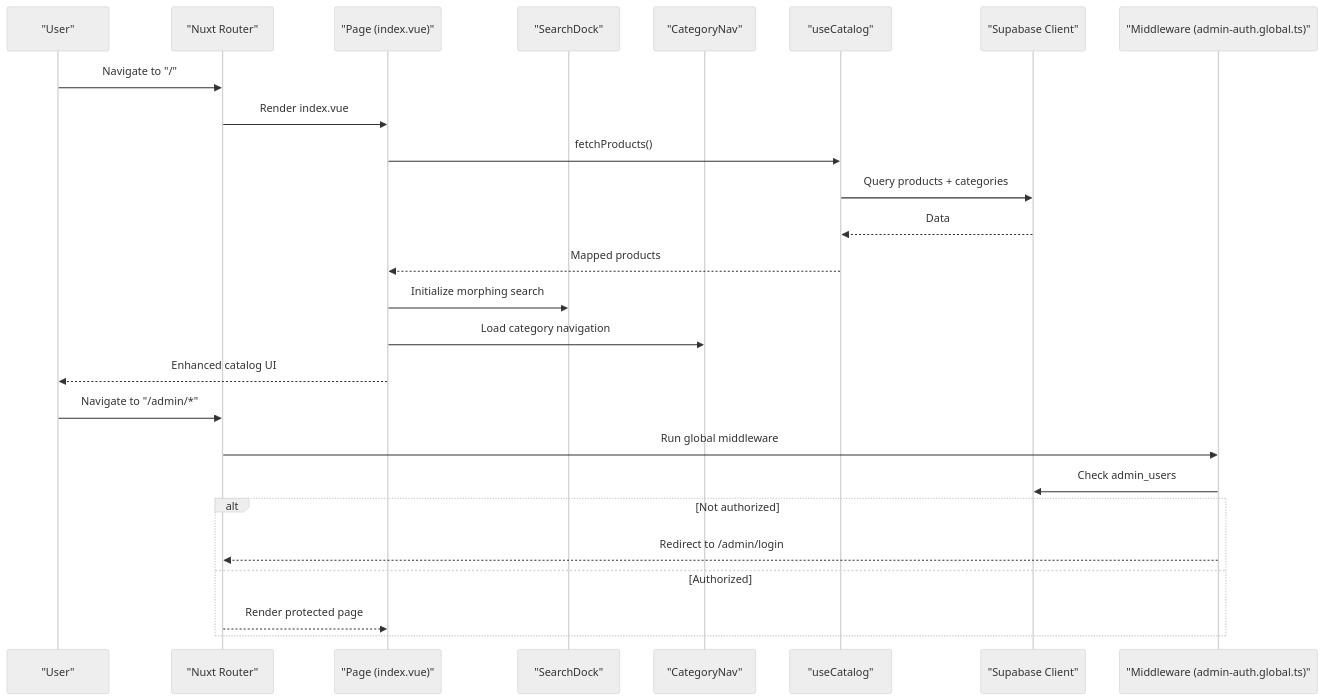
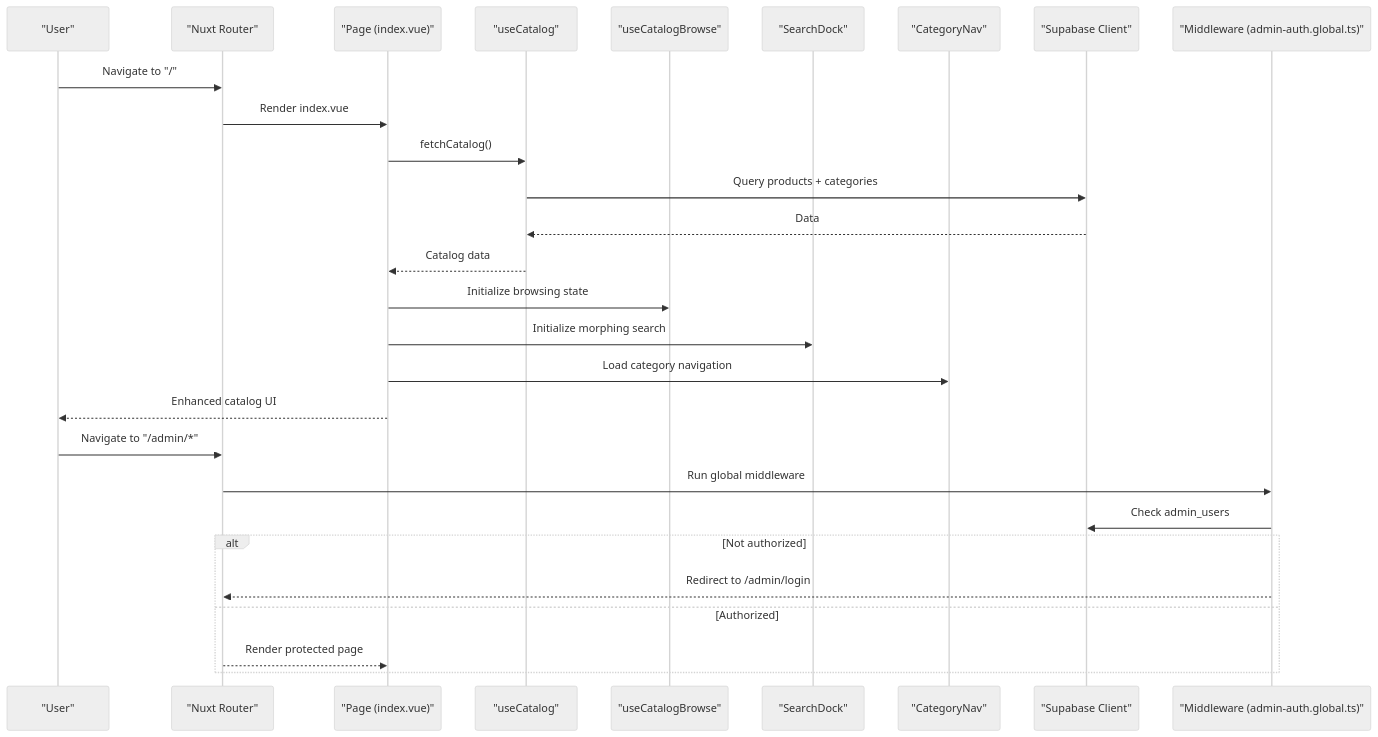
Before and after one commit to RaccoonPie-314/Raccoon-Gear-Bin: the second of 4 diagrams in .qoder/repowiki/en/content/Pages & Routing/Page Structure & Organization.md, drawn with Mermaid (neutral theme). The commit also changed other lines of this file and 65 other files, not shown here.

````diff
--- a/.qoder/repowiki/en/content/Pages & Routing/Page Structure & Organization.md
+++ b/.qoder/repowiki/en/content/Pages & Routing/Page Structure & Organization.md
@@ -113,28 +116,30 @@
 ```mermaid
 sequenceDiagram
 participant U as "User"
 participant R as "Nuxt Router"
 participant P as "Page (index.vue)"
+participant UC as "useCatalog"
+participant UCB as "useCatalogBrowse"
 participant SD as "SearchDock"
 participant CN as "CategoryNav"
-participant C as "useCatalog"
 participant S as "Supabase Client"
 participant M as "Middleware (admin-auth.global.ts)"
 U->>R : Navigate to "/"
 R->>P : Render index.vue
-P->>C : fetchProducts()
-C->>S : Query products + categories
-S-->>C : Data
-C-->>P : Mapped products
+P->>UC : fetchCatalog()
+UC->>S : Query products + categories
+S-->>UC : Data
+UC-->>P : Catalog data
+P->>UCB : Initialize browsing state
 P->>SD : Initialize morphing search
 P->>CN : Load category navigation
 P-->>U : Enhanced catalog UI
 U->>R : Navigate to "/admin/*"
 R->>M : Run global middleware
 M->>S : Check admin_users
 alt Not authorized
 M-->>R : Redirect to /admin/login
 else Authorized
 R-->>P : Render protected page
 end
 ```
````
